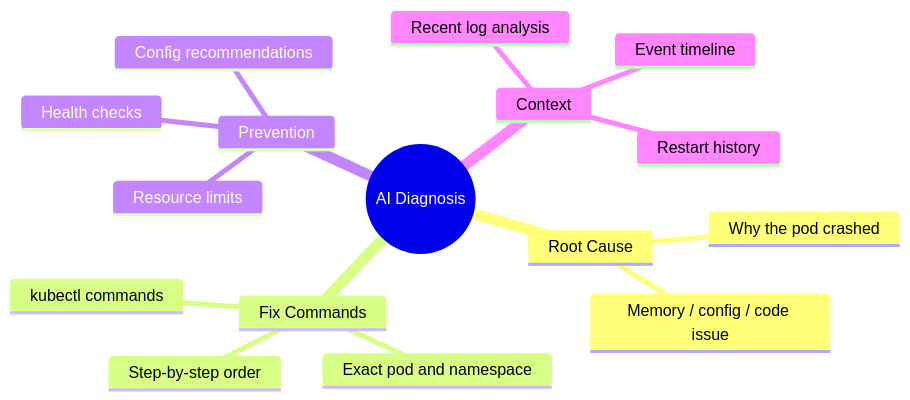
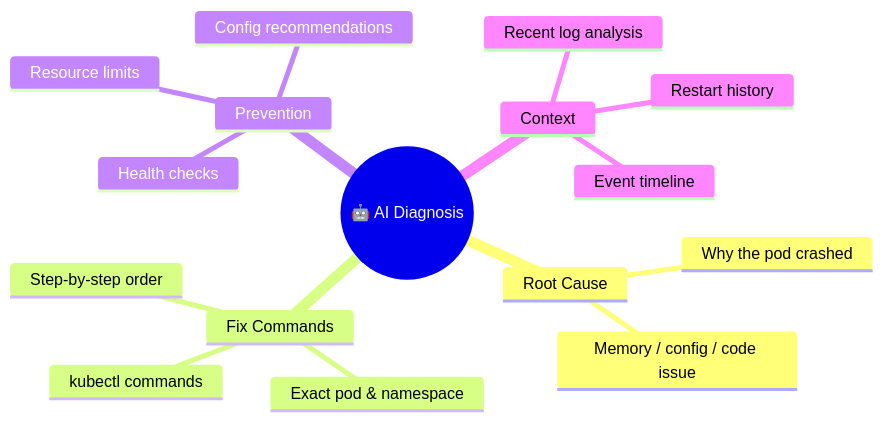
The sixth of 10 diagrams in README.md (Akshatsainiaks/srevox), drawn with Mermaid before and after one commit. The commit also changed other lines of this file, not shown here.

````diff
--- a/README.md
+++ b/README.md
@@ -644,19 +644,19 @@
 ```mermaid
 mindmap
-  root((AI Diagnosis))
+  root((🤖 AI Diagnosis))
     Root Cause
       Why the pod crashed
       Memory / config / code issue
     Fix Commands
       kubectl commands
-      Exact pod and namespace
+      Exact pod & namespace
       Step-by-step order
     Prevention
       Resource limits
       Health checks
       Config recommendations
     Context
       Recent log analysis
       Event timeline
       Restart history
 ```
````
